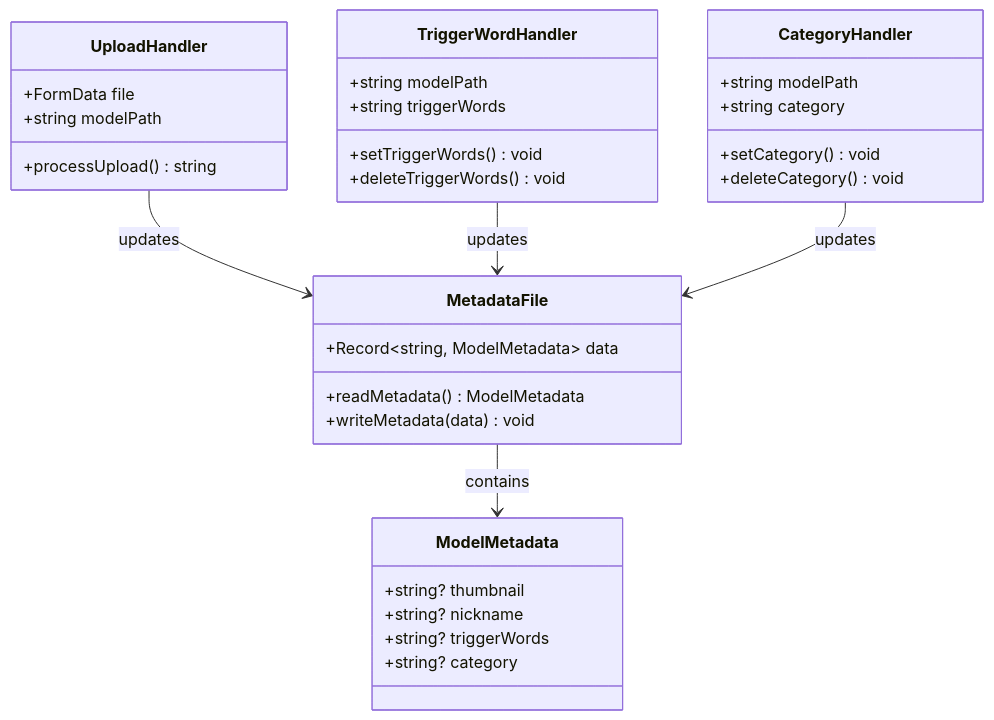
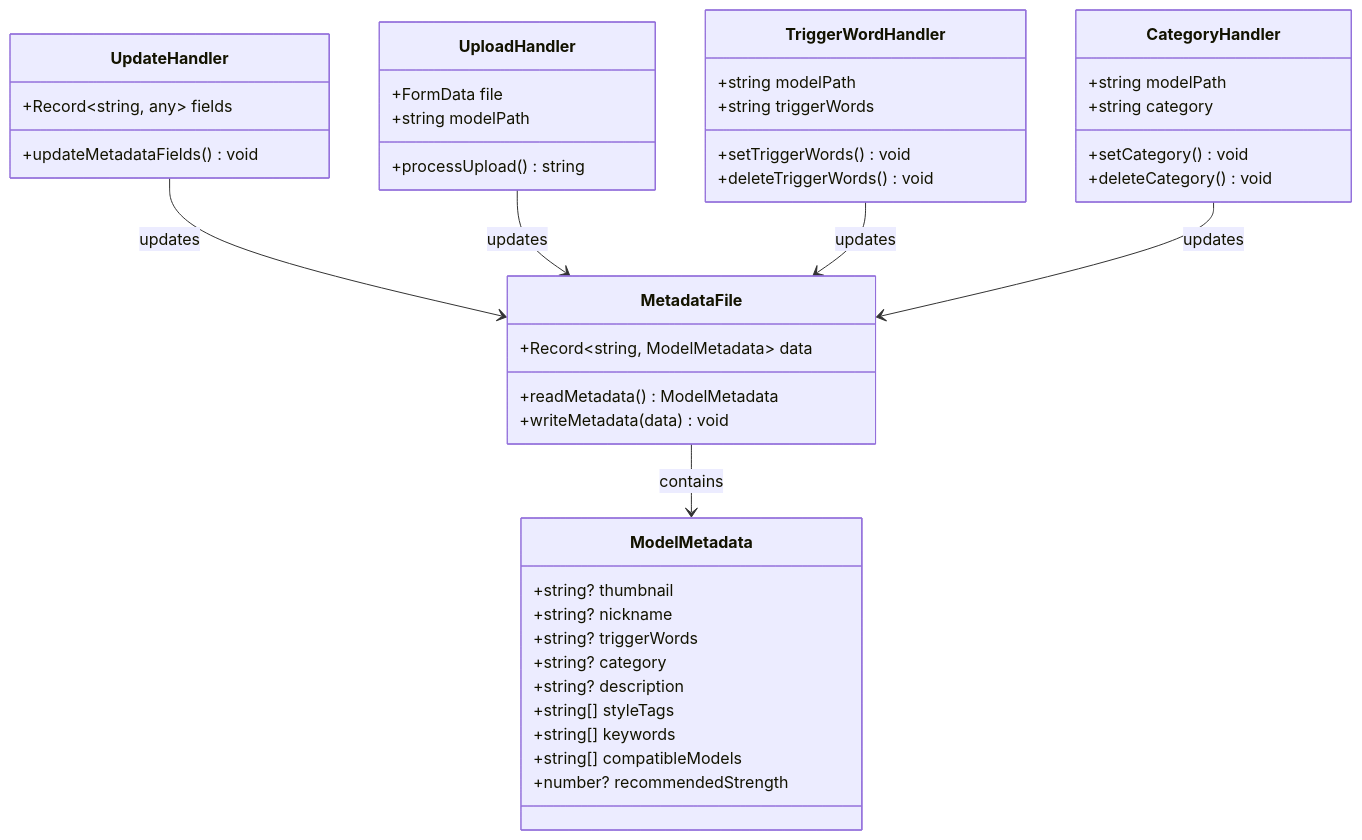
The third of 18 diagrams in .qoder/repowiki/zh/content/前端应用/模型元数据管理.md (billye220670/CorineKit_Pix2Real), drawn with Mermaid before and after one commit. The commit also changed other lines of this file and 20 other files, not shown here.

````diff
--- a/.qoder/repowiki/zh/content/前端应用/模型元数据管理.md
+++ b/.qoder/repowiki/zh/content/前端应用/模型元数据管理.md
@@ -156,35 +164,45 @@
 ```mermaid
 classDiagram
 class ModelMetadata {
 +string? thumbnail
 +string? nickname
 +string? triggerWords
 +string? category
++string? description
++string[] styleTags
++string[] keywords
++string[] compatibleModels
++number? recommendedStrength
 }
 class MetadataFile {
 +Record~string, ModelMetadata~ data
 +readMetadata() ModelMetadata
 +writeMetadata(data) void
+}
+class UpdateHandler {
++Record~string, any~ fields
++updateMetadataFields() void
 }
 class UploadHandler {
 +FormData file
 +string modelPath
 +processUpload() string
 }
 class TriggerWordHandler {
 +string modelPath
 +string triggerWords
 +setTriggerWords() void
 +deleteTriggerWords() void
 }
 class CategoryHandler {
 +string modelPath
 +string category
 +setCategory() void
 +deleteCategory() void
 }
 MetadataFile --> ModelMetadata : contains
+UpdateHandler --> MetadataFile : updates
 UploadHandler --> MetadataFile : updates
 TriggerWordHandler --> MetadataFile : updates
 CategoryHandler --> MetadataFile : updates
 ```
````
